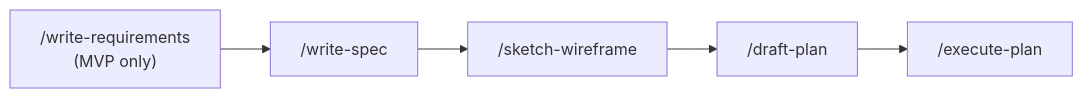
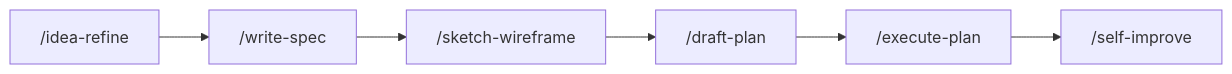
One commit to toy-crane/harness-engineering-template changed the diagram in README.md. Above: the diagram before and after it, drawn with Mermaid. The commit also changed other lines of this file and 2 other files, not shown here.

First line of the commit message:
docs: update CLAUDE.md, README, skills-lock for spec.md workflow

````diff
--- a/README.md
+++ b/README.md
@@ -53,8 +61,8 @@
 ```mermaid
 flowchart LR
-    A["/write-requirements
-    (MVP only)"] --> B["/write-spec"]
+    A["/idea-refine"] --> B["/write-spec"]
     B --> C["/sketch-wireframe"]
     C --> D["/draft-plan"]
     D --> E["/execute-plan"]
+    E --> F["/self-improve"]
 ```
````
